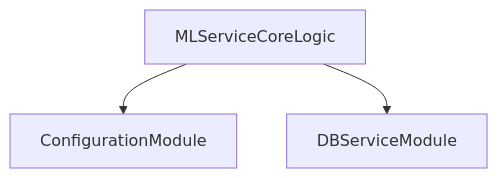
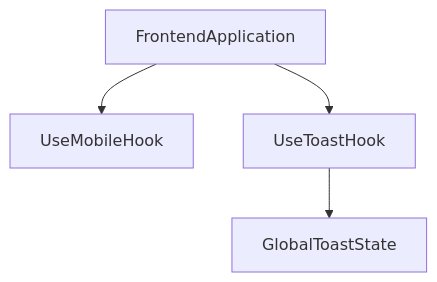
The diagram in docs/REPOSITORY_OVERVIEW.md (quelizlifetech/UltraHand), drawn with Mermaid before and after one commit. The commit also changed other lines of this file and 2 other files, not shown here.

````diff
--- a/docs/REPOSITORY_OVERVIEW.md
+++ b/docs/REPOSITORY_OVERVIEW.md
@@ -43,5 +37,6 @@
 ```mermaid
 graph TD
-MLServiceCore[MLServiceCoreLogic] --> ConfigModule[ConfigurationModule]
-MLServiceCore[MLServiceCoreLogic] --> DBServiceModule[DBServiceModule]
+A[FrontendApplication] --> B[UseMobileHook]
+A --> C[UseToastHook]
+C --> D[GlobalToastState]
 ```
````
